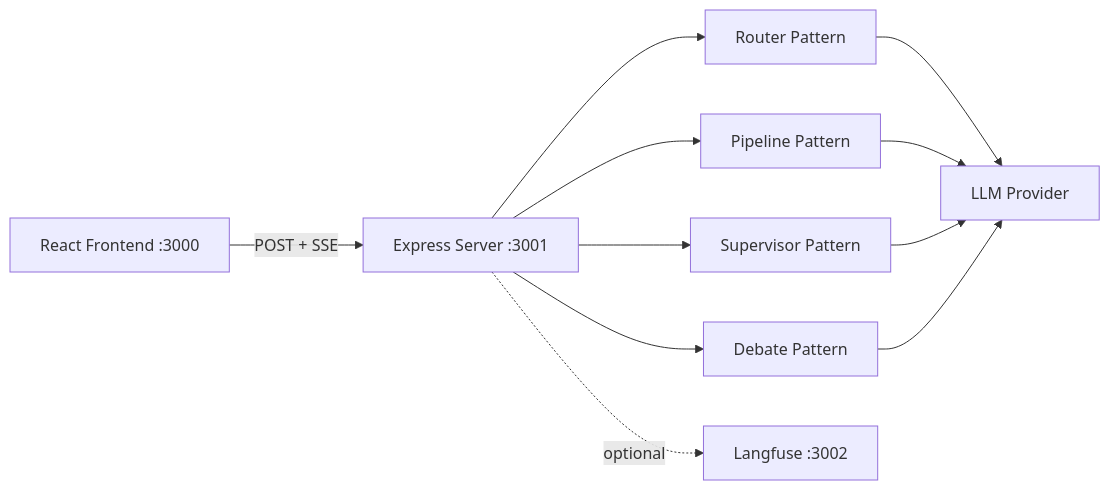
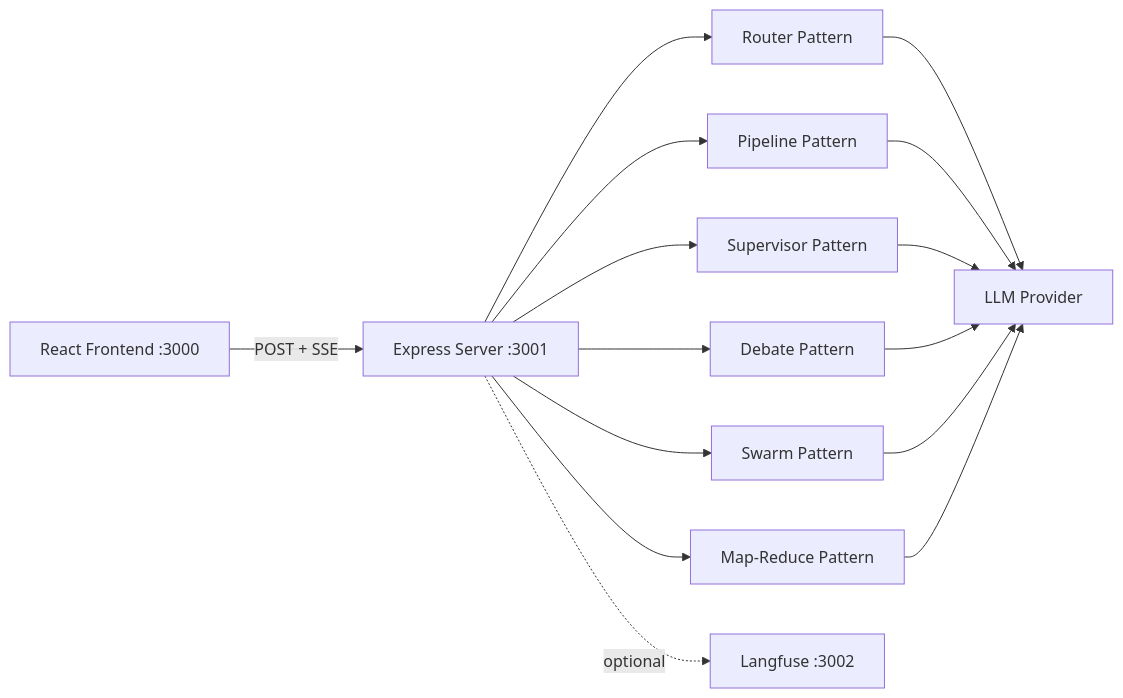
Before and after one commit to uid4oe/agent-orchestration-patterns: the diagram in README.md, drawn with Mermaid. The commit also changed other lines of this file and 1 other file, not shown here.

First line of the commit message:
docs: update root README with swarm and map-reduce patterns

````diff
--- a/README.md
+++ b/README.md
@@ -7,13 +7,17 @@
 ```mermaid
 graph LR
     UI[React Frontend :3000] -->|POST + SSE| Server[Express Server :3001]
     Server --> Router[Router Pattern]
     Server --> Pipeline[Pipeline Pattern]
     Server --> Supervisor[Supervisor Pattern]
     Server --> Debate[Debate Pattern]
+    Server --> Swarm[Swarm Pattern]
+    Server --> MapReduce[Map-Reduce Pattern]
     Router --> LLM[LLM Provider]
     Pipeline --> LLM
     Supervisor --> LLM
     Debate --> LLM
+    Swarm --> LLM
+    MapReduce --> LLM
     Server -.->|optional| Langfuse[Langfuse :3002]
 ```
````
